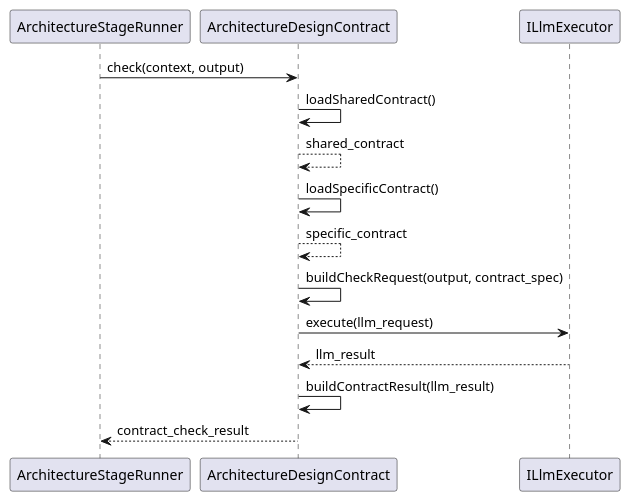
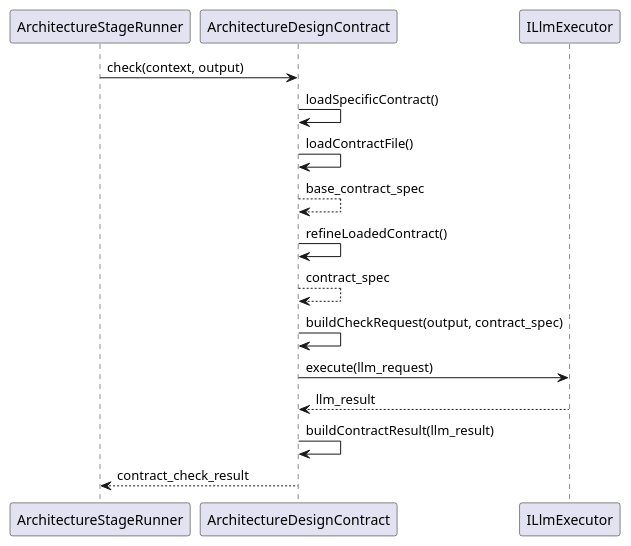
One commit to lucky-chen/ai_workflow_travel changed the second of 2 diagrams in meta_layer/docs/design_docs/Contract/ArchitectureDesignContract.md. Above: the diagram before and after it, drawn with PlantUML. The commit also changed other lines of this file and 7 other files, not shown here.

First line of the commit message:
[AI] gpt-5.4: unify document contract loading flow

````diff
--- a/meta_layer/docs/design_docs/Contract/ArchitectureDesignContract.md
+++ b/meta_layer/docs/design_docs/Contract/ArchitectureDesignContract.md
@@ -70,18 +70,19 @@
 ```plantuml
 @startuml
 participant ArchitectureStageRunner
 participant ArchitectureDesignContract
 participant ILlmExecutor
 
 ArchitectureStageRunner -> ArchitectureDesignContract: check(context, output)
-ArchitectureDesignContract -> ArchitectureDesignContract: loadSharedContract()
-ArchitectureDesignContract --> ArchitectureDesignContract: shared_contract
 ArchitectureDesignContract -> ArchitectureDesignContract: loadSpecificContract()
-ArchitectureDesignContract --> ArchitectureDesignContract: specific_contract
+ArchitectureDesignContract -> ArchitectureDesignContract: loadContractFile()
+ArchitectureDesignContract --> ArchitectureDesignContract: base_contract_spec
+ArchitectureDesignContract -> ArchitectureDesignContract: refineLoadedContract()
+ArchitectureDesignContract --> ArchitectureDesignContract: contract_spec
 ArchitectureDesignContract -> ArchitectureDesignContract: buildCheckRequest(output, contract_spec)
 ArchitectureDesignContract -> ILlmExecutor: execute(llm_request)
 ILlmExecutor --> ArchitectureDesignContract: llm_result
 ArchitectureDesignContract -> ArchitectureDesignContract: buildContractResult(llm_result)
 ArchitectureDesignContract --> ArchitectureStageRunner: contract_check_result
 @enduml
 ```
````
